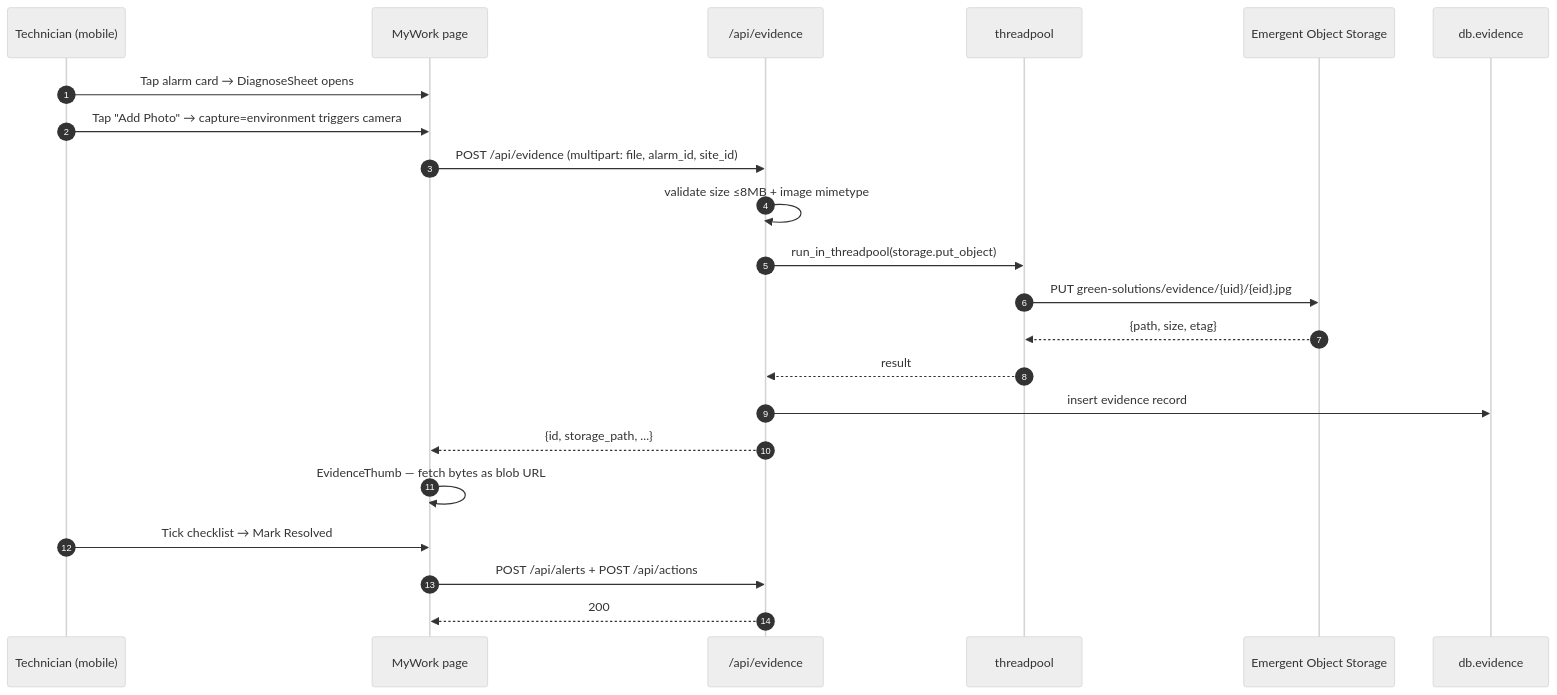
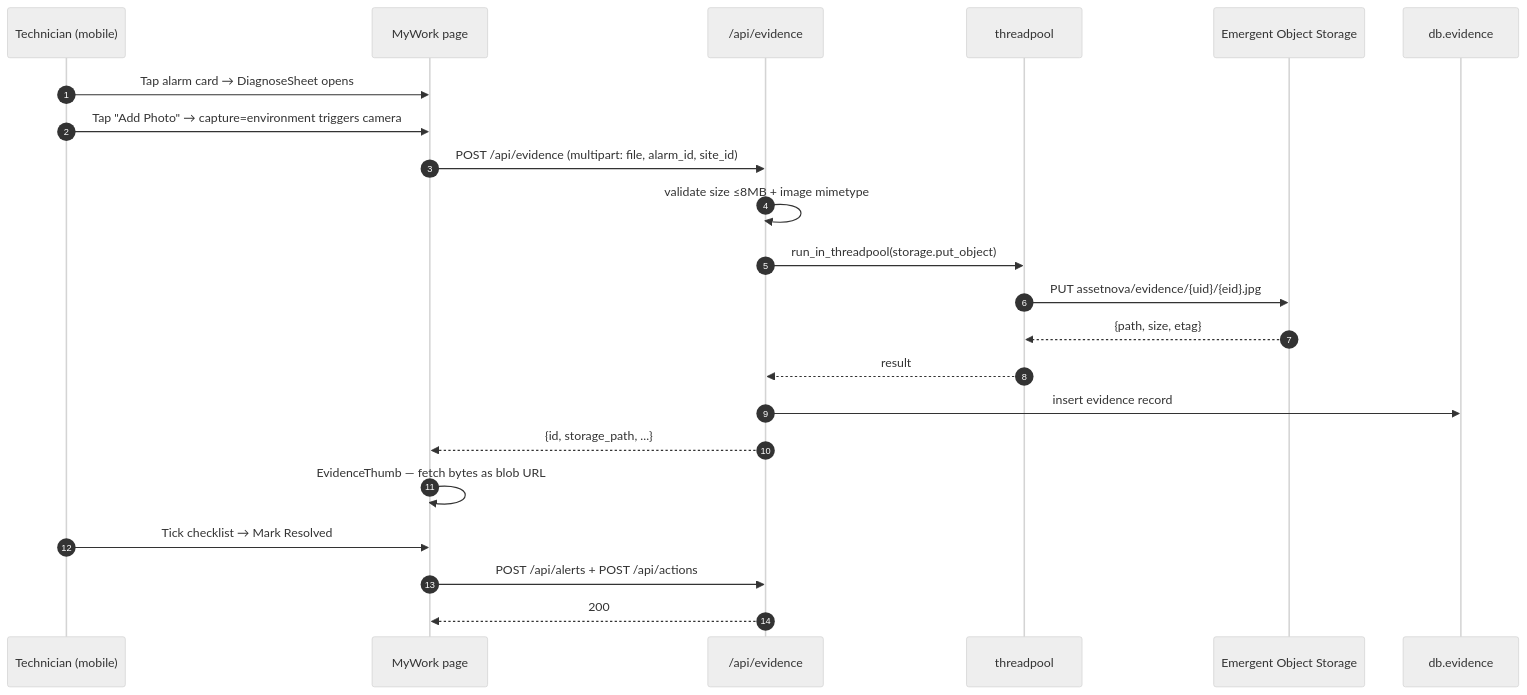
The eighth of 8 diagrams in memory/ARCHITECTURE.md (RCML2016/Green-Solutions_Week1), drawn with Mermaid (neutral theme) before and after one commit. The commit also changed other lines of this file and 32 other files, not shown here.

````diff
--- a/memory/ARCHITECTURE.md
+++ b/memory/ARCHITECTURE.md
@@ -244,25 +244,25 @@
 ```mermaid
 sequenceDiagram
     autonumber
     participant Tech as Technician (mobile)
     participant FE as MyWork page
     participant BE as /api/evidence
     participant TP as threadpool
     participant OBJ as Emergent Object Storage
     participant DB as db.evidence
 
     Tech->>FE: Tap alarm card → DiagnoseSheet opens
     Tech->>FE: Tap "Add Photo" → capture=environment triggers camera
     FE->>BE: POST /api/evidence (multipart: file, alarm_id, site_id)
     BE->>BE: validate size ≤8MB + image mimetype
     BE->>TP: run_in_threadpool(storage.put_object)
-    TP->>OBJ: PUT green-solutions/evidence/{uid}/{eid}.jpg
+    TP->>OBJ: PUT assetnova/evidence/{uid}/{eid}.jpg
     OBJ-->>TP: {path, size, etag}
     TP-->>BE: result
     BE->>DB: insert evidence record
     BE-->>FE: {id, storage_path, ...}
     FE->>FE: EvidenceThumb — fetch bytes as blob URL
     Tech->>FE: Tick checklist → Mark Resolved
     FE->>BE: POST /api/alerts + POST /api/actions
     BE-->>FE: 200
 ```
````
